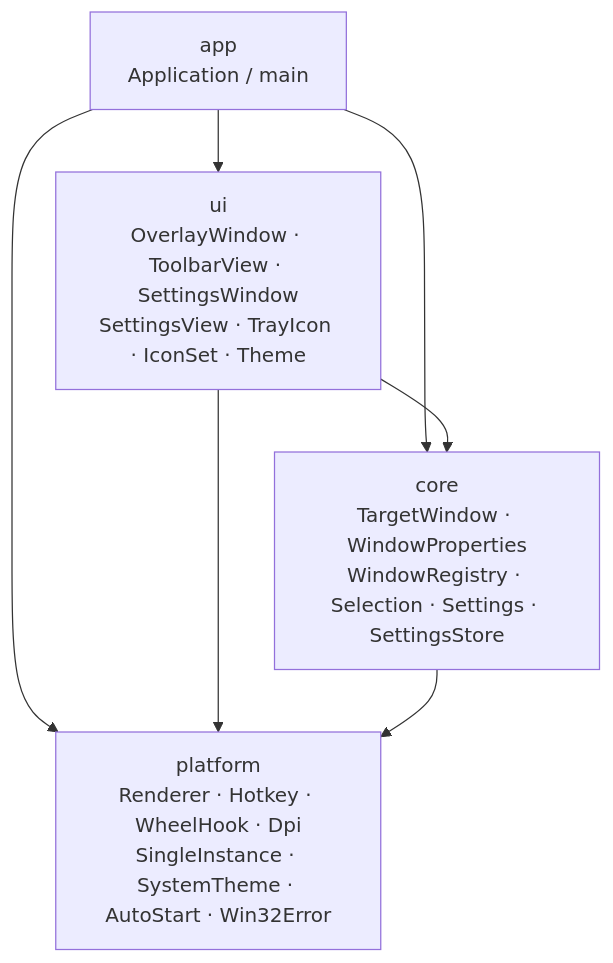
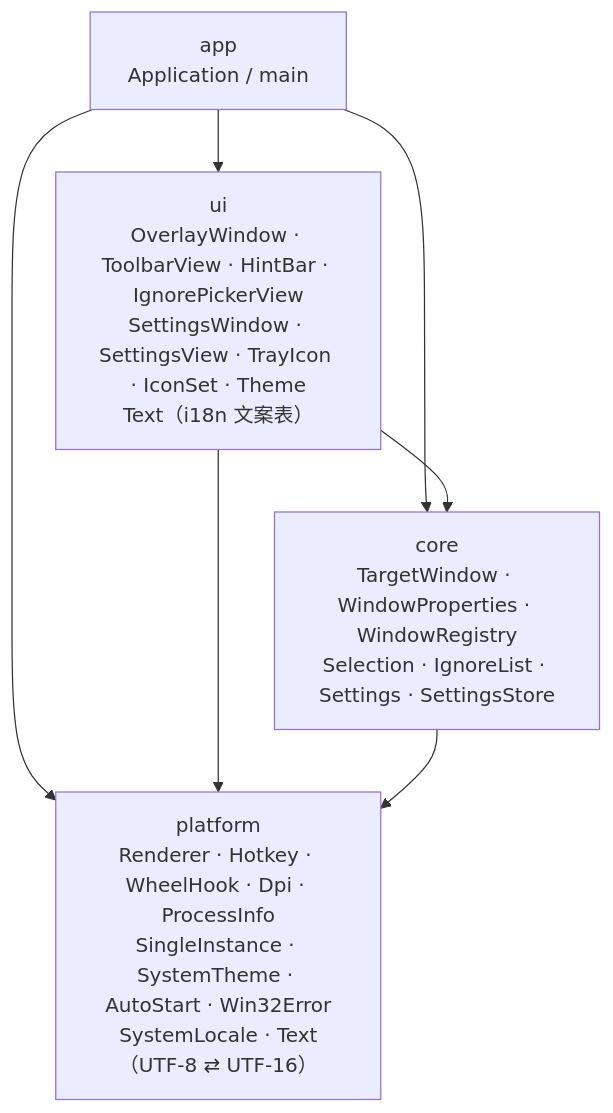
The first of 11 diagrams in docs/dev.md (Wrn-gh/Wind), drawn with Mermaid before and after one commit. The commit also changed other lines of this file and 37 other files, not shown here.

First line of the commit message:
feat: add window ignore list and bilingual UI

````diff
--- a/docs/dev.md
+++ b/docs/dev.md
@@ -32,14 +32,14 @@
 ```mermaid
 graph TD
     app["app<br/>Application / main"]
-    ui["ui<br/>OverlayWindow · ToolbarView · SettingsWindow<br/>SettingsView · TrayIcon · IconSet · Theme"]
-    core["core<br/>TargetWindow · WindowProperties<br/>WindowRegistry · Selection · Settings · SettingsStore"]
-    platform["platform<br/>Renderer · Hotkey · WheelHook · Dpi<br/>SingleInstance · SystemTheme · AutoStart · Win32Error"]
+    ui["ui<br/>OverlayWindow · ToolbarView · HintBar · IgnorePickerView<br/>SettingsWindow · SettingsView · TrayIcon · IconSet · Theme<br/>Text（i18n 文案表）"]
+    core["core<br/>TargetWindow · WindowProperties · WindowRegistry<br/>Selection · IgnoreList · Settings · SettingsStore"]
+    platform["platform<br/>Renderer · Hotkey · WheelHook · Dpi · ProcessInfo<br/>SingleInstance · SystemTheme · AutoStart · Win32Error<br/>SystemLocale · Text（UTF-8 ⇄ UTF-16）"]
 
     app --> ui
     app --> core
     app --> platform
     ui --> core
     ui --> platform
     core --> platform
 ```
````
